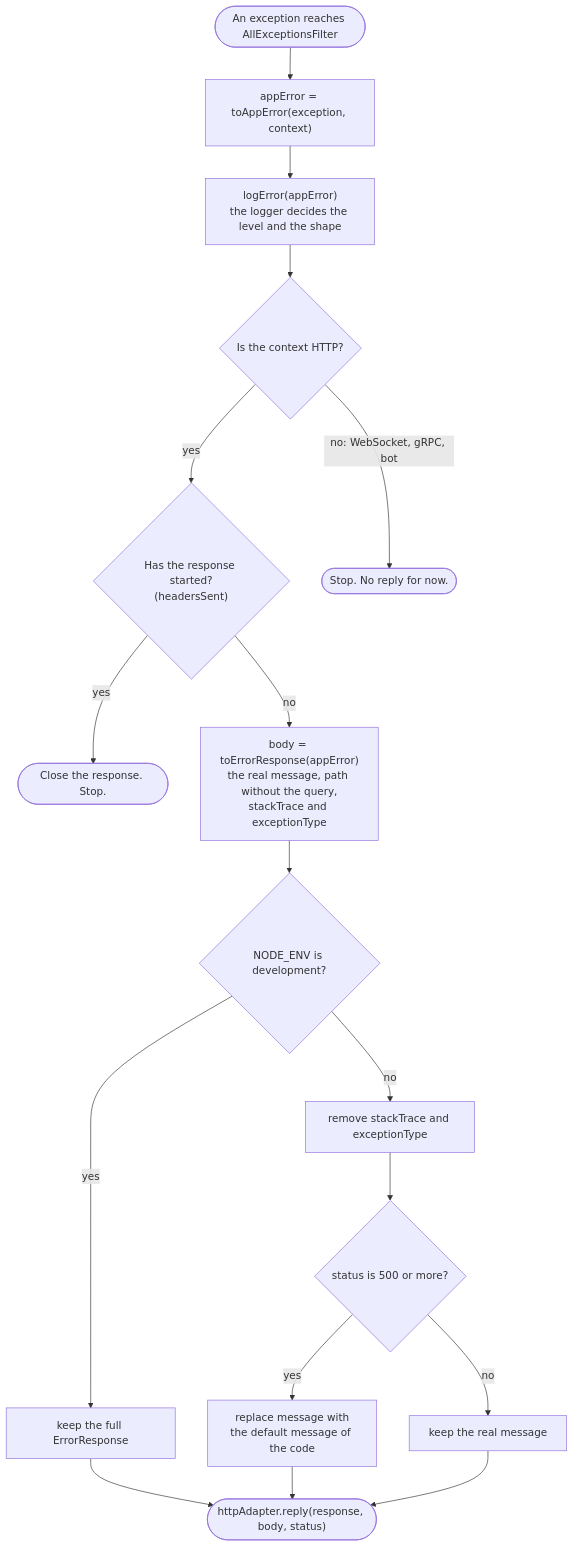
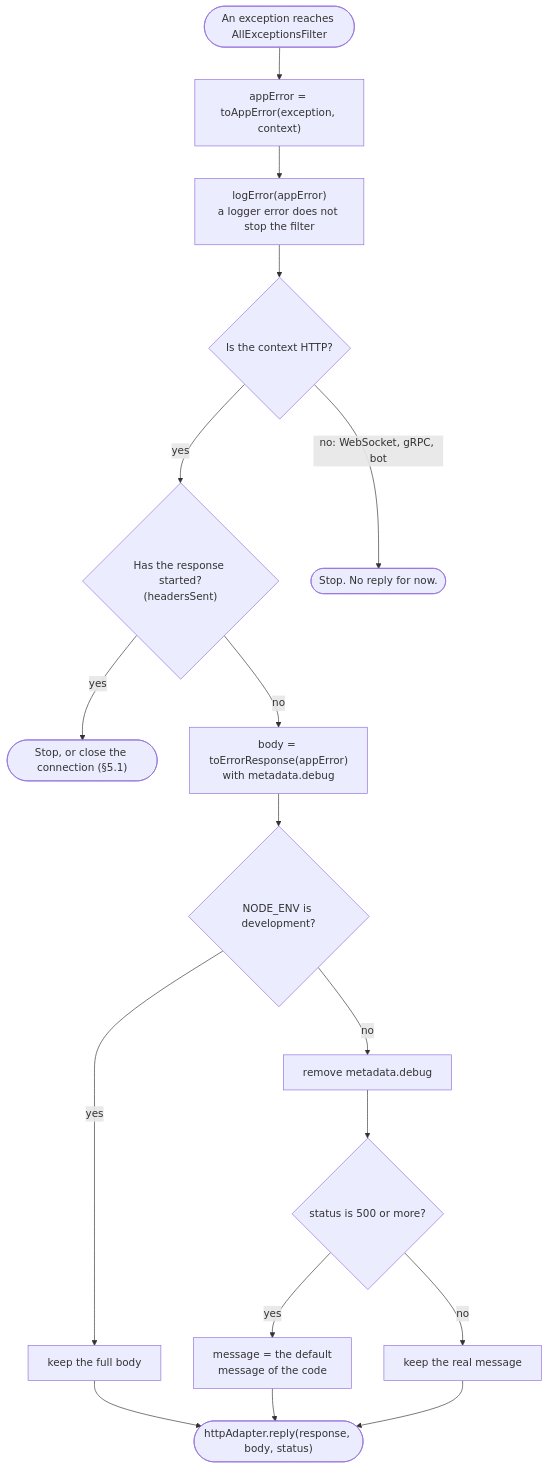
Before and after one commit to CyberBrainiac/job-search-automation-tool: the fifth of 7 diagrams in docs/error-handling-improvements.md, drawn with Mermaid. The commit also changed other lines of this file and 1 other file, not shown here.

First line of the commit message:
docs(root): fix the gaps of the error handling design and answer Q1-Q9

````diff
--- a/docs/error-handling-improvements.md
+++ b/docs/error-handling-improvements.md
@@ -325,19 +527,19 @@
 ```mermaid
 flowchart TD
   A(["An exception reaches AllExceptionsFilter"]) --> B["appError = toAppError(exception, context)"]
-  B --> C["logError(appError)<br/>the logger decides the level and the shape"]
+  B --> C["logError(appError)<br/>a logger error does not stop the filter"]
   C --> D{"Is the context HTTP?"}
   D -- "yes" --> E{"Has the response started?<br/>(headersSent)"}
   D -- "no: WebSocket, gRPC, bot" --> X(["Stop. No reply for now."])
-  E -- "yes" --> Y(["Close the response. Stop."])
-  E -- "no" --> G["body = toErrorResponse(appError)<br/>the real message, path without the query,<br/>stackTrace and exceptionType"]
+  E -- "yes" --> Y(["Stop, or close the connection (§5.1)"])
+  E -- "no" --> G["body = toErrorResponse(appError)<br/>with metadata.debug"]
   G --> J{"NODE_ENV is development?"}
-  J -- "yes" --> J1["keep the full ErrorResponse"]
+  J -- "yes" --> J1["keep the full body"]
+  J -- "no" --> K["remove metadata.debug"]
+  K --> H{"status is 500 or more?"}
+  H -- "yes" --> I["message = the default<br/>message of the code"]
+  H -- "no" --> H1["keep the real message"]
   J1 --> L(["httpAdapter.reply(response, body, status)"])
-  J -- "no" --> K["remove stackTrace and exceptionType"]
-  K --> H{"status is 500 or more?"}
-  H -- "yes" --> I["replace message with<br/>the default message of the code"]
-  H -- "no" --> H1["keep the real message"]
   I --> L
   H1 --> L
 ```
````
